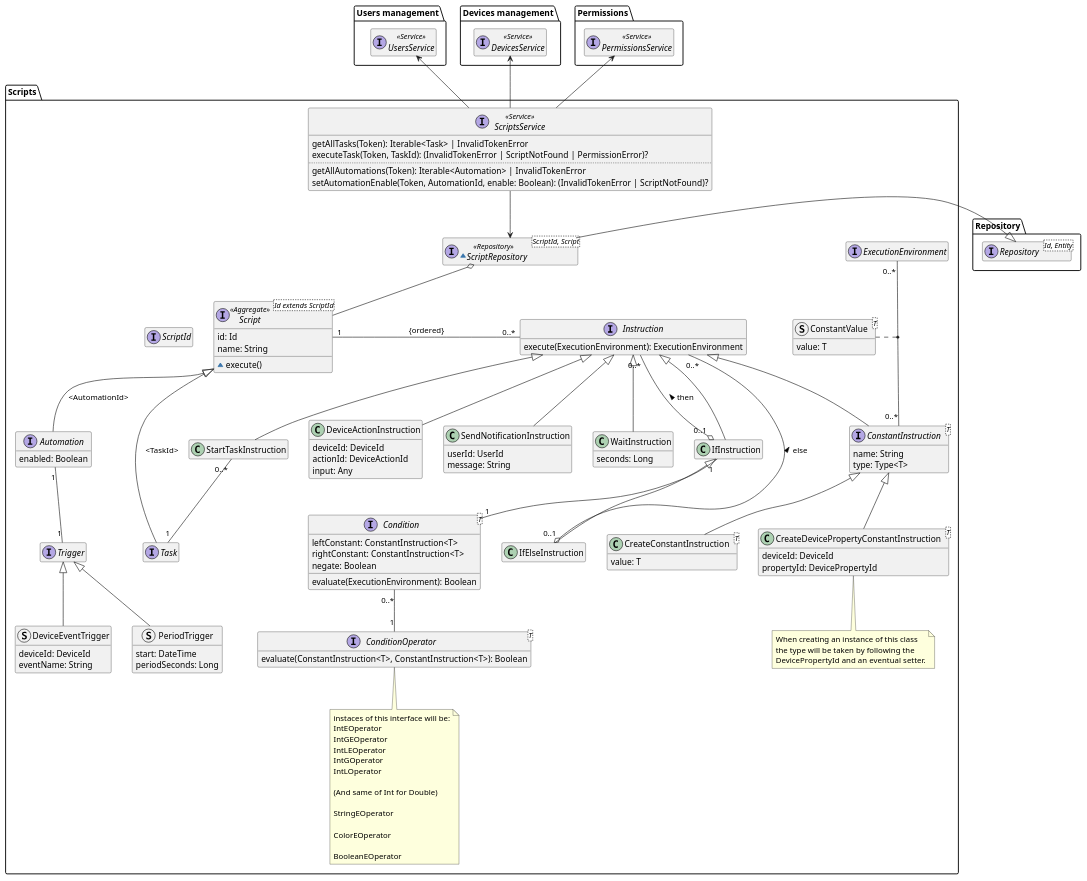
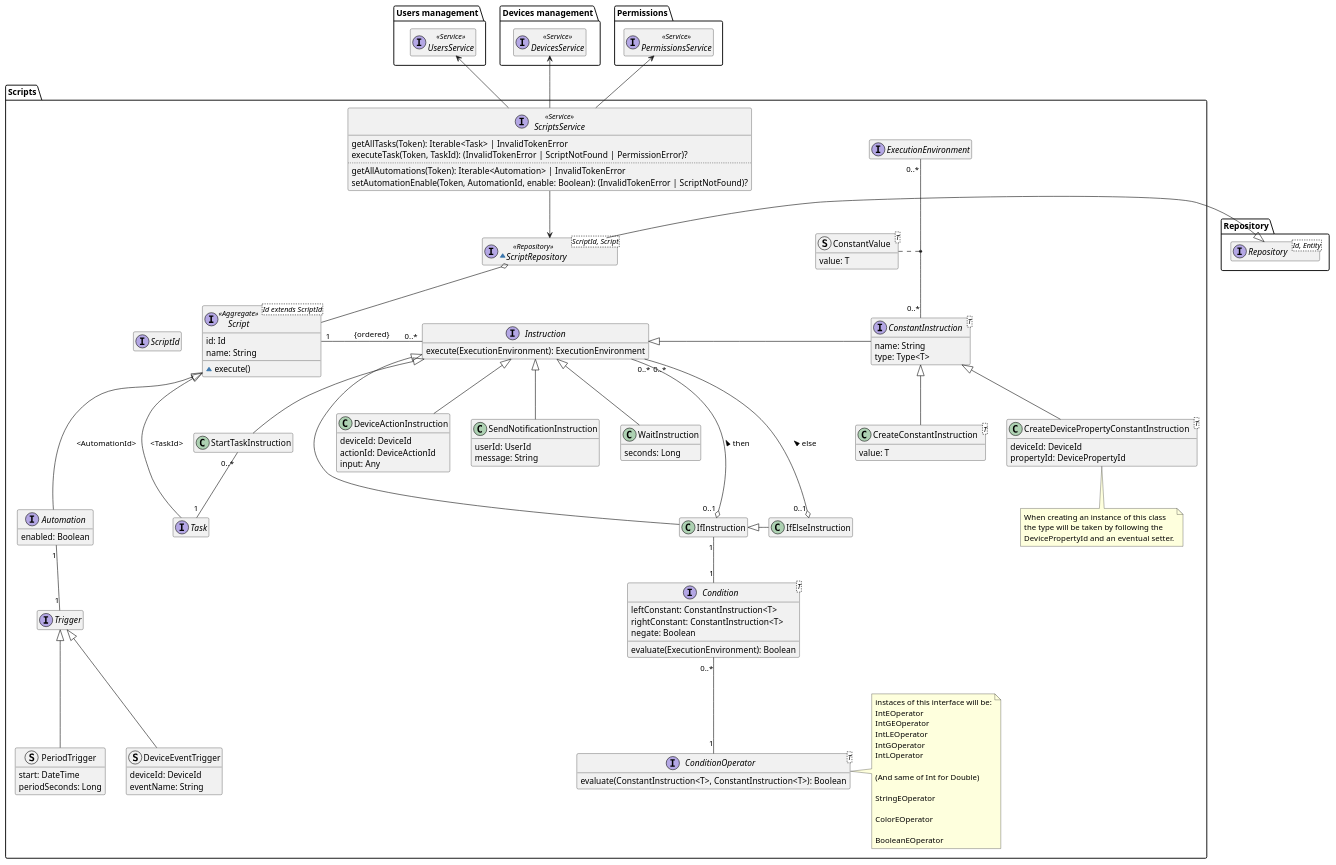
One commit to DomoticASW/.github changed the diagram in diagrams/src/scripts-domain-model.puml. Above: the diagram before and after it, drawn with PlantUML. The commit also changed 1 other file, not shown here.

Commit message:
nicer format for scripts diagram

```diff
--- a/diagrams/src/scripts-domain-model.puml
+++ b/diagrams/src/scripts-domain-model.puml
@@ -1,157 +1,159 @@
 @startuml scripts-domain-model
 
 hide empty members
 package Repository{
     interface Repository<Id, Entity>
 }
 
 package "Users management" as UsersManagement {
     interface UsersService <<Service>>
 }
 
 package "Devices management" as DevicesManagement {
     interface DevicesService <<Service>>
 }
 
 package Permissions {
     interface PermissionsService <<Service>>
 }
 
 package "Scripts" {
 
     interface ScriptId
 
     interface Script<Id extends ScriptId> <<Aggregate>> {
         id: Id
         name: String
         ~execute()
     }
 
     interface Task
     interface Automation {
         enabled: Boolean
     }
 
     interface Trigger
 
     struct DeviceEventTrigger extends Trigger {
         deviceId: DeviceId
         eventName: String
     }
 
     struct PeriodTrigger extends Trigger {
         start: DateTime
         periodSeconds: Long
     }
 
     interface Instruction {
         execute(ExecutionEnvironment): ExecutionEnvironment
     }
+    class StartTaskInstruction extends Instruction
 
     class DeviceActionInstruction extends Instruction {
         deviceId: DeviceId
         actionId: DeviceActionId
         input: Any
     }
 
-    class IfInstruction extends Instruction
+    class IfInstruction
 
-    class IfElseInstruction extends IfInstruction
+    class IfElseInstruction
 
     class SendNotificationInstruction extends Instruction {
         userId: UserId
         message: String
     }
 
     class WaitInstruction extends Instruction {
         seconds: Long
     }
 
-    class StartTaskInstruction extends Instruction
-
-    interface ConstantInstruction<T> extends Instruction {
+    interface ConstantInstruction<T> {
         name: String
         type: Type<T>
     }
 
     class CreateDevicePropertyConstantInstruction<T> extends ConstantInstruction {
         deviceId: DeviceId
         propertyId: DevicePropertyId
     }
     note bottom of CreateDevicePropertyConstantInstruction
         When creating an instance of this class
         the type will be taken by following the
         DevicePropertyId and an eventual setter.
     end note
 
     class CreateConstantInstruction<T> extends ConstantInstruction {
         value: T
     }
 
     interface Condition<T> {
         leftConstant: ConstantInstruction<T>
         rightConstant: ConstantInstruction<T>
         negate: Boolean
         evaluate(ExecutionEnvironment): Boolean
     }
 
     interface ConditionOperator<T> {
         evaluate(ConstantInstruction<T>, ConstantInstruction<T>): Boolean
     }
 
-    note bottom of ConditionOperator
+    note right of ConditionOperator
         instaces of this interface will be:
         IntEOperator
         IntGEOperator
         IntLEOperator
         IntGOperator
         IntLOperator
 
         (And same of Int for Double)
 
         StringEOperator
 
         ColorEOperator
 
         BooleanEOperator
     end note
 
     interface ExecutionEnvironment
 
     struct ConstantValue<T> {
         value: T
     }
 
     ExecutionEnvironment "0..*" -- "0..*" ConstantInstruction
     ConstantValue .. (ExecutionEnvironment, ConstantInstruction)
 
     ~interface ScriptRepository<ScriptId, Script> <<Repository>> {
     }
     ScriptRepository -l-|> Repository.Repository
     ScriptRepository o-- Script
 
     interface ScriptsService <<Service>> {
         getAllTasks(Token): Iterable<Task> | InvalidTokenError
         executeTask(Token, TaskId): (InvalidTokenError | ScriptNotFound | PermissionError)?
         ..
         getAllAutomations(Token): Iterable<Automation> | InvalidTokenError
         setAutomationEnable(Token, AutomationId, enable: Boolean): (InvalidTokenError | ScriptNotFound)?
     }
 
     Script -l[hidden] ScriptId
     Script <|-- Task : "<TaskId>"
-    Script <|-- Automation : "<AutomationId>"
+    Script <|--- Automation : "<AutomationId>"
     Automation "1" -- "1" Trigger
     Script "1" -r- "0..*" Instruction : "{ordered}"
-    IfInstruction "0..1" o-- "0..*" Instruction : "then >"
+    IfInstruction --u-|> Instruction
+    IfElseInstruction -l-|> IfInstruction
+    IfInstruction "0..1" o-u- "0..*" Instruction : "then >"
     IfInstruction "1" -- "1" Condition
-    IfElseInstruction "0..1" o-- "0..*" Instruction : "else >"
+    IfElseInstruction "0..1" o-u- "0..*" Instruction : "else >"
     StartTaskInstruction "0..*" -- "1" Task
     Condition "0..*" -- "1" ConditionOperator
+    ConstantInstruction -l-|> Instruction
     ScriptsService --> ScriptRepository
     ScriptsService -u-> Permissions.PermissionsService
     ScriptsService -u-> DevicesManagement.DevicesService
     ScriptsService -u-> UsersManagement.UsersService
 }
 
 @enduml
```
